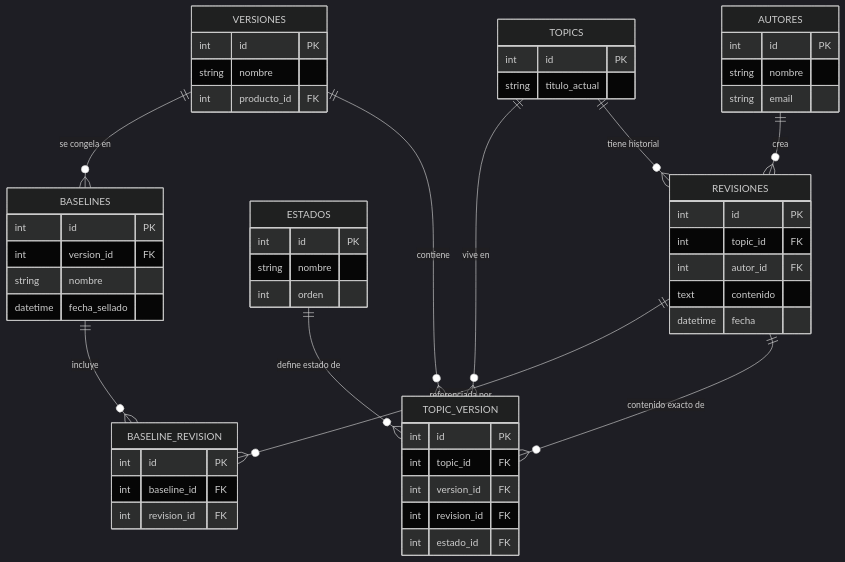
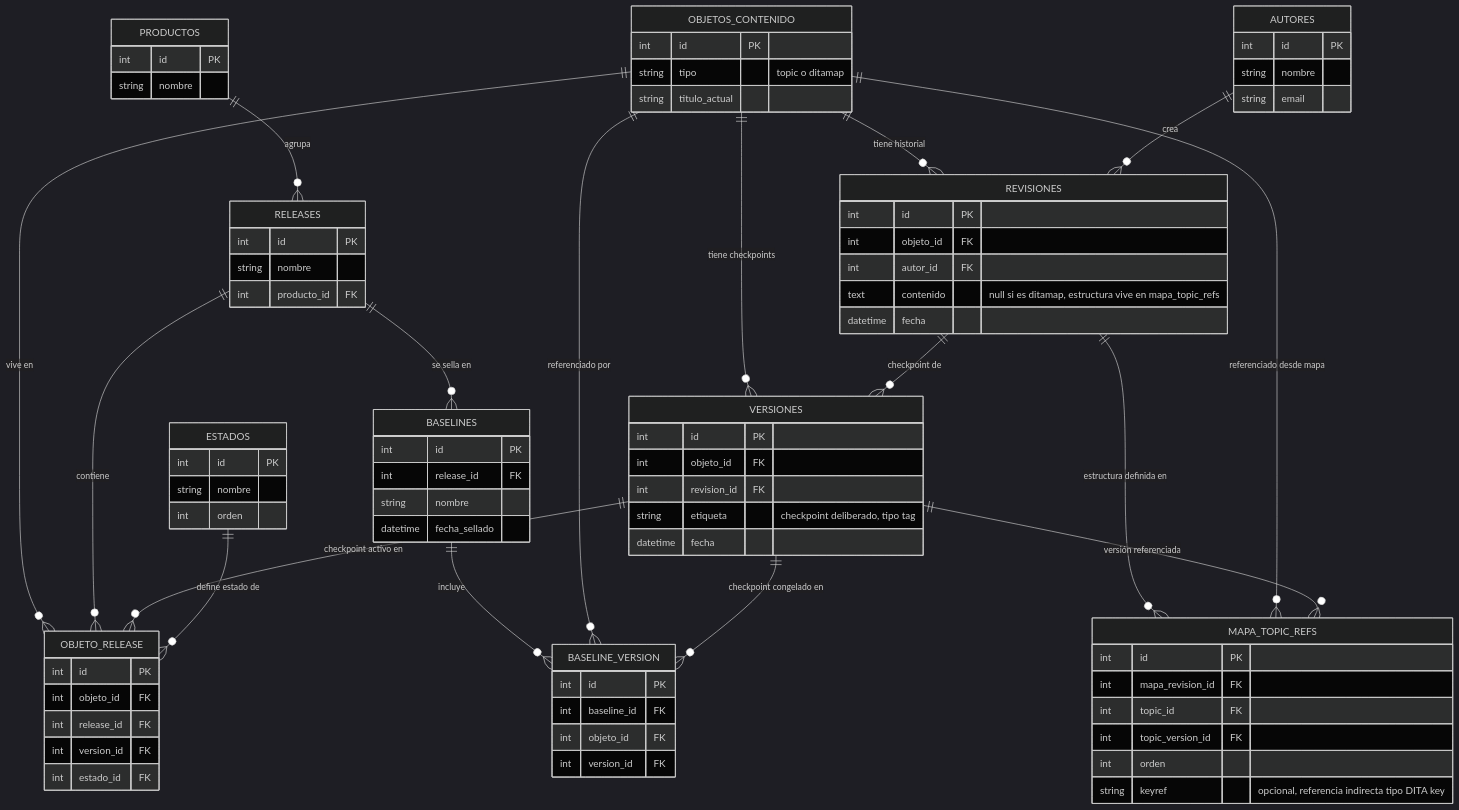
Before and after one commit to Juanma-GA/cursoFSD: the diagram in fase-2-bases-de-datos/construccion_esquema_bd.md, drawn with Mermaid (dark theme). The commit also changed other lines of this file, not shown here.

First line of the commit message:
fase-2: rediseño esquema - generalización objetos_contenido (topics+ditamaps), renombrado release/versión/revisión, mapa_topic_refs

````diff
--- a/fase-2-bases-de-datos/construccion_esquema_bd.md
+++ b/fase-2-bases-de-datos/construccion_esquema_bd.md
@@ -67,57 +98,85 @@
 ```mermaid
 erDiagram
+    OBJETOS_CONTENIDO ||--o{ REVISIONES : "tiene historial"
     AUTORES ||--o{ REVISIONES : "crea"
-    TOPICS ||--o{ REVISIONES : "tiene historial"
-    TOPICS ||--o{ TOPIC_VERSION : "vive en"
-    VERSIONES ||--o{ TOPIC_VERSION : "contiene"
-    ESTADOS ||--o{ TOPIC_VERSION : "define estado de"
-    REVISIONES ||--o{ TOPIC_VERSION : "contenido exacto de"
-    VERSIONES ||--o{ BASELINES : "se congela en"
-    BASELINES ||--o{ BASELINE_REVISION : "incluye"
-    REVISIONES ||--o{ BASELINE_REVISION : "referenciada por"
+    OBJETOS_CONTENIDO ||--o{ VERSIONES : "tiene checkpoints"
+    REVISIONES ||--o{ VERSIONES : "checkpoint de"
+    OBJETOS_CONTENIDO ||--o{ OBJETO_RELEASE : "vive en"
+    RELEASES ||--o{ OBJETO_RELEASE : "contiene"
+    VERSIONES ||--o{ OBJETO_RELEASE : "checkpoint activo en"
+    ESTADOS ||--o{ OBJETO_RELEASE : "define estado de"
+    RELEASES ||--o{ BASELINES : "se sella en"
+    BASELINES ||--o{ BASELINE_VERSION : "incluye"
+    OBJETOS_CONTENIDO ||--o{ BASELINE_VERSION : "referenciado por"
+    VERSIONES ||--o{ BASELINE_VERSION : "checkpoint congelado en"
+    REVISIONES ||--o{ MAPA_TOPIC_REFS : "estructura definida en"
+    OBJETOS_CONTENIDO ||--o{ MAPA_TOPIC_REFS : "referenciado desde mapa"
+    VERSIONES ||--o{ MAPA_TOPIC_REFS : "versión referenciada"
+    PRODUCTOS ||--o{ RELEASES : "agrupa"
 
+    PRODUCTOS {
+        int id PK
+        string nombre
+    }
+    OBJETOS_CONTENIDO {
+        int id PK
+        string tipo "topic o ditamap"
+        string titulo_actual
+    }
     AUTORES {
         int id PK
         string nombre
         string email
     }
-    TOPICS {
-        int id PK
-        string titulo_actual
-    }
     REVISIONES {
         int id PK
-        int topic_id FK
+        int objeto_id FK
         int autor_id FK
-        text contenido
+        text contenido "null si es ditamap, estructura vive en mapa_topic_refs"
         datetime fecha
     }
     VERSIONES {
         int id PK
-        string nombre
-        int producto_id FK
+        int objeto_id FK
+        int revision_id FK
+        string etiqueta "checkpoint deliberado, tipo tag"
+        datetime fecha
     }
     ESTADOS {
         int id PK
         string nombre
         int orden
     }
-    TOPIC_VERSION {
+    RELEASES {
         int id PK
-        int topic_id FK
+        string nombre
+        int producto_id FK
+    }
+    OBJETO_RELEASE {
+        int id PK
+        int objeto_id FK
+        int release_id FK
         int version_id FK
-        int revision_id FK
         int estado_id FK
     }
     BASELINES {
         int id PK
-        int version_id FK
+        int release_id FK
         string nombre
         datetime fecha_sellado
     }
-    BASELINE_REVISION {
+    BASELINE_VERSION {
         int id PK
         int baseline_id FK
-        int revision_id FK
+        int objeto_id FK
+        int version_id FK
+    }
+    MAPA_TOPIC_REFS {
+        int id PK
+        int mapa_revision_id FK
+        int topic_id FK
+        int topic_version_id FK
+        int orden
+        string keyref "opcional, referencia indirecta tipo DITA key"
     }
 ```
````
